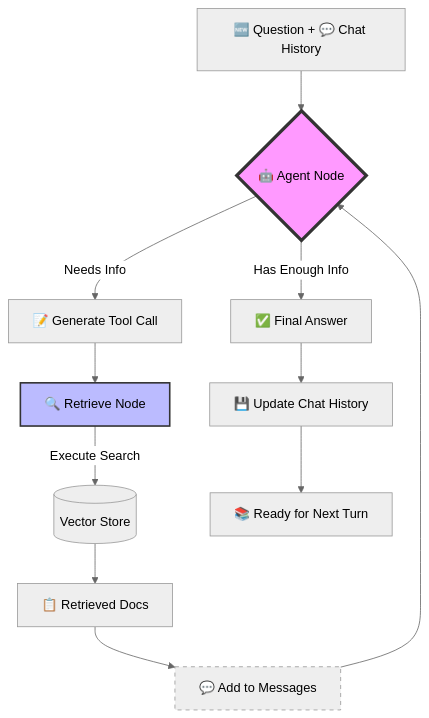
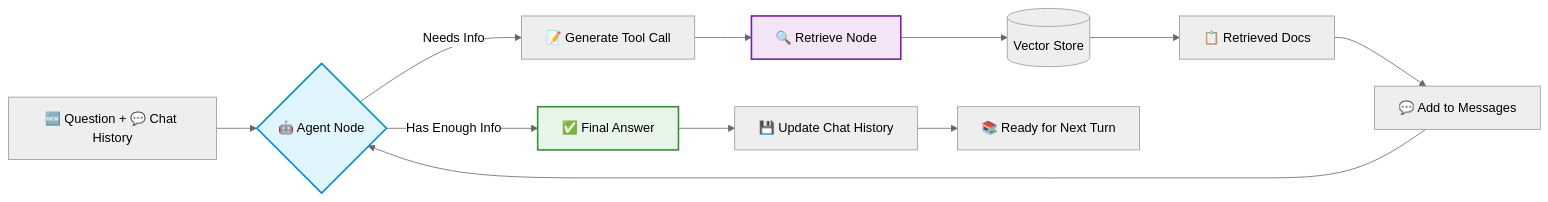
One commit to roypr-ma/rag-demo changed the second of 2 diagrams in 2-chat-history/README.md. Above: the diagram before and after it, drawn with Mermaid (neutral theme). The commit also changed other lines of this file and 2 other files, not shown here.

````diff
--- a/2-chat-history/README.md
+++ b/2-chat-history/README.md
@@ -135,20 +141,20 @@
 ```mermaid
-graph TD
-    A[🆕 Question + 💬 Chat History] --> B{🤖 Agent Node}
+graph LR
+    START[🆕 Question + 💬 Chat History] --> AGENT{🤖 Agent Node}
     
-    B -->|Needs Info| C[📝 Generate Tool Call]
-    C --> D[🔍 Retrieve Node]
-    D -->|Execute Search| E[(Vector Store)]
-    E --> F[📋 Retrieved Docs]
-    F --> G[💬 Add to Messages]
-    G --> B
+    AGENT -->|Needs Info| TOOL[📝 Generate Tool Call]
+    TOOL --> RETRIEVE[🔍 Retrieve Node]
+    RETRIEVE --> VECTOR[(Vector Store)]
+    VECTOR --> DOCS[📋 Retrieved Docs]
+    DOCS --> MESSAGES[💬 Add to Messages]
+    MESSAGES --> AGENT
     
-    B -->|Has Enough Info| H[✅ Final Answer]
+    AGENT -->|Has Enough Info| ANSWER[✅ Final Answer]
     
-    H --> I[💾 Update Chat History]
-    I --> J[📚 Ready for Next Turn]
+    ANSWER --> UPDATE[💾 Update Chat History]
+    UPDATE --> READY[📚 Ready for Next Turn]
     
-    style B fill:#f9f,stroke:#333,stroke-width:4px
-    style D fill:#bbf,stroke:#333,stroke-width:2px
-    style G stroke-dasharray: 5 5
+    style AGENT fill:#e1f5ff,stroke:#0288d1,stroke-width:2px
+    style RETRIEVE fill:#f3e5f5,stroke:#7b1fa2,stroke-width:2px
+    style ANSWER fill:#e8f5e9,stroke:#388e3c,stroke-width:2px
 ```
````
